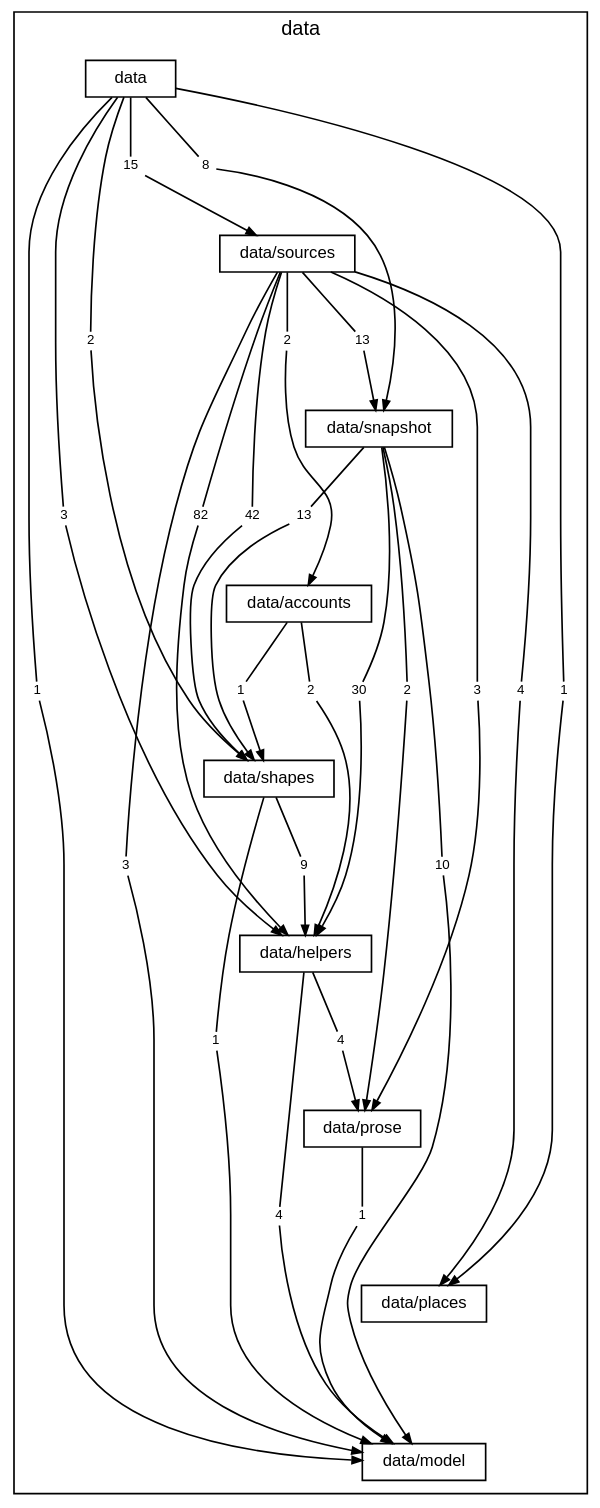
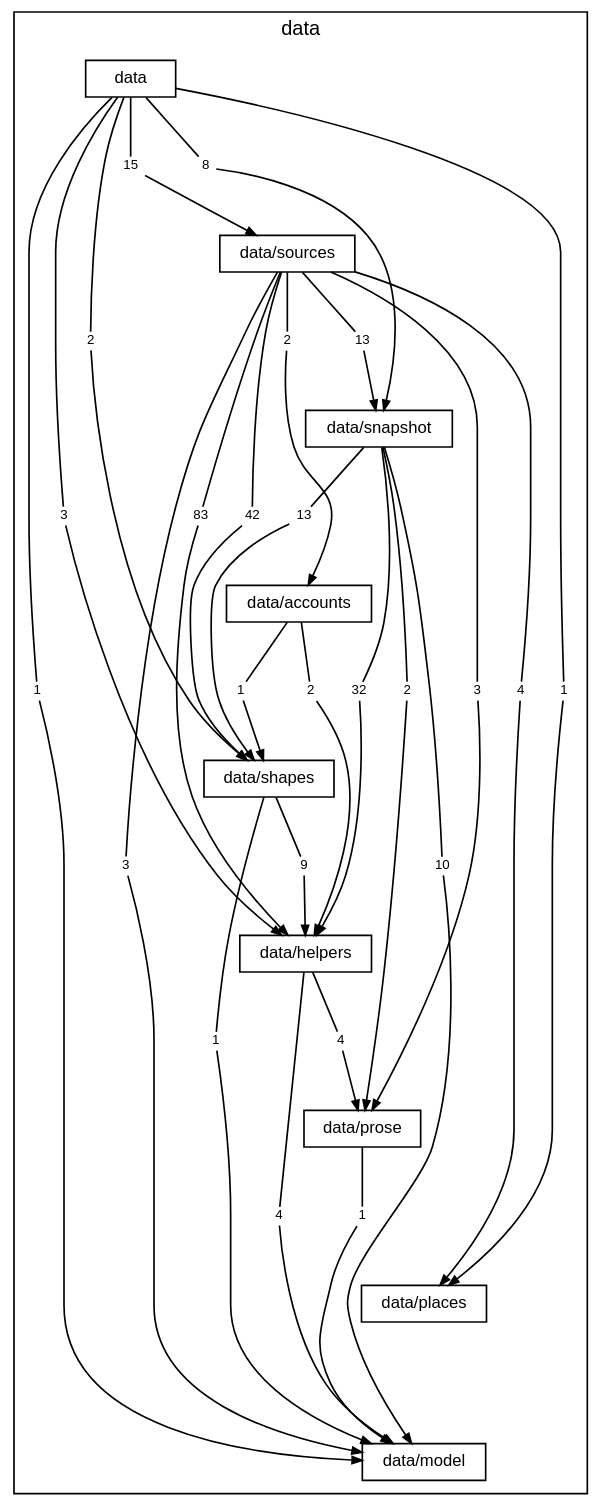
Before and after one commit to TheAxeC/oculus: the diagram in docs/diagrams/layer-data.dot, drawn with Graphviz. The commit also changed 127 other files, not shown here.

```diff
--- a/docs/diagrams/layer-data.dot
+++ b/docs/diagrams/layer-data.dot
@@ -1,97 +1,97 @@
 digraph layer_data {
     graph [bgcolor="transparent", rankdir=TB, newrank=true, mclimit=4, fontname="Helvetica", fontsize=12, nodesep=0.2, ranksep=0.5];
     node [shape=box, color="black", fontcolor="black", fontname="Helvetica", fontsize=10, height=0.3, margin="0.12,0.04"];
     edge [color="black", fontcolor="black", fontname="Helvetica", fontsize=8, arrowsize=0.6];
     subgraph "cluster_data" {
         label="data"; style=solid;
         "folder data" [label="data"];
         "folder data/sources" [label="data/sources"];
         "folder data/snapshot" [label="data/snapshot"];
         "folder data/accounts" [label="data/accounts"];
         "folder data/shapes" [label="data/shapes"];
         "folder data/helpers" [label="data/helpers"];
         "folder data/prose" [label="data/prose"];
         "folder data/places" [label="data/places"];
         "folder data/model" [label="data/model"];
         "folder data to folder data/helpers" [label="3", shape=box, color="transparent", fontsize=8, width=0, height=0, margin="0.04,0.02"];
         "folder data to folder data/model" [label="1", shape=box, color="transparent", fontsize=8, width=0, height=0, margin="0.04,0.02"];
         "folder data to folder data/places" [label="1", shape=box, color="transparent", fontsize=8, width=0, height=0, margin="0.04,0.02"];
         "folder data to folder data/shapes" [label="2", shape=box, color="transparent", fontsize=8, width=0, height=0, margin="0.04,0.02"];
         "folder data to folder data/snapshot" [label="8", shape=box, color="transparent", fontsize=8, width=0, height=0, margin="0.04,0.02"];
         "folder data to folder data/sources" [label="15", shape=box, color="transparent", fontsize=8, width=0, height=0, margin="0.04,0.02"];
         "folder data/sources to folder data/accounts" [label="2", shape=box, color="transparent", fontsize=8, width=0, height=0, margin="0.04,0.02"];
-        "folder data/sources to folder data/helpers" [label="82", shape=box, color="transparent", fontsize=8, width=0, height=0, margin="0.04,0.02"];
+        "folder data/sources to folder data/helpers" [label="83", shape=box, color="transparent", fontsize=8, width=0, height=0, margin="0.04,0.02"];
         "folder data/sources to folder data/model" [label="3", shape=box, color="transparent", fontsize=8, width=0, height=0, margin="0.04,0.02"];
         "folder data/sources to folder data/places" [label="4", shape=box, color="transparent", fontsize=8, width=0, height=0, margin="0.04,0.02"];
         "folder data/sources to folder data/prose" [label="3", shape=box, color="transparent", fontsize=8, width=0, height=0, margin="0.04,0.02"];
         "folder data/sources to folder data/shapes" [label="42", shape=box, color="transparent", fontsize=8, width=0, height=0, margin="0.04,0.02"];
         "folder data/sources to folder data/snapshot" [label="13", shape=box, color="transparent", fontsize=8, width=0, height=0, margin="0.04,0.02"];
-        "folder data/snapshot to folder data/helpers" [label="30", shape=box, color="transparent", fontsize=8, width=0, height=0, margin="0.04,0.02"];
+        "folder data/snapshot to folder data/helpers" [label="32", shape=box, color="transparent", fontsize=8, width=0, height=0, margin="0.04,0.02"];
         "folder data/snapshot to folder data/model" [label="10", shape=box, color="transparent", fontsize=8, width=0, height=0, margin="0.04,0.02"];
         "folder data/snapshot to folder data/prose" [label="2", shape=box, color="transparent", fontsize=8, width=0, height=0, margin="0.04,0.02"];
         "folder data/snapshot to folder data/shapes" [label="13", shape=box, color="transparent", fontsize=8, width=0, height=0, margin="0.04,0.02"];
         "folder data/accounts to folder data/helpers" [label="2", shape=box, color="transparent", fontsize=8, width=0, height=0, margin="0.04,0.02"];
         "folder data/accounts to folder data/shapes" [label="1", shape=box, color="transparent", fontsize=8, width=0, height=0, margin="0.04,0.02"];
         "folder data/shapes to folder data/helpers" [label="9", shape=box, color="transparent", fontsize=8, width=0, height=0, margin="0.04,0.02"];
         "folder data/shapes to folder data/model" [label="1", shape=box, color="transparent", fontsize=8, width=0, height=0, margin="0.04,0.02"];
         "folder data/helpers to folder data/model" [label="4", shape=box, color="transparent", fontsize=8, width=0, height=0, margin="0.04,0.02"];
         "folder data/helpers to folder data/prose" [label="4", shape=box, color="transparent", fontsize=8, width=0, height=0, margin="0.04,0.02"];
         "folder data/prose to folder data/model" [label="1", shape=box, color="transparent", fontsize=8, width=0, height=0, margin="0.04,0.02"];
     }
     "folder data" -> "folder data/sources" [style=invis, weight=10, minlen=2];
     "folder data/sources" -> "folder data/snapshot" [style=invis, weight=10, minlen=2];
     "folder data/snapshot" -> "folder data/accounts" [style=invis, weight=10, minlen=2];
     "folder data/accounts" -> "folder data/shapes" [style=invis, weight=10, minlen=2];
     "folder data/shapes" -> "folder data/helpers" [style=invis, weight=10, minlen=2];
     "folder data/helpers" -> "folder data/prose" [style=invis, weight=10, minlen=2];
     "folder data/prose" -> "folder data/places" [style=invis, weight=10, minlen=2];
     "folder data/places" -> "folder data/model" [style=invis, weight=10, minlen=2];
     "folder data" -> "folder data to folder data/helpers" [arrowhead=none, minlen=5, weight=10];
     "folder data to folder data/helpers" -> "folder data/helpers" [];
     "folder data" -> "folder data to folder data/model" [arrowhead=none, minlen=7, weight=10];
     "folder data to folder data/model" -> "folder data/model" [];
     "folder data" -> "folder data to folder data/places" [arrowhead=none, minlen=7, weight=10];
     "folder data to folder data/places" -> "folder data/places" [];
     "folder data" -> "folder data to folder data/shapes" [arrowhead=none, minlen=3, weight=10];
     "folder data to folder data/shapes" -> "folder data/shapes" [];
     "folder data" -> "folder data to folder data/snapshot" [arrowhead=none, minlen=1, weight=10];
     "folder data to folder data/snapshot" -> "folder data/snapshot" [];
     "folder data" -> "folder data to folder data/sources" [arrowhead=none, minlen=1, weight=10];
     "folder data to folder data/sources" -> "folder data/sources" [];
     "folder data/sources" -> "folder data/sources to folder data/accounts" [arrowhead=none, minlen=1, weight=10];
     "folder data/sources to folder data/accounts" -> "folder data/accounts" [];
     "folder data/sources" -> "folder data/sources to folder data/helpers" [arrowhead=none, minlen=3, weight=10];
     "folder data/sources to folder data/helpers" -> "folder data/helpers" [];
     "folder data/sources" -> "folder data/sources to folder data/model" [arrowhead=none, minlen=7, weight=10];
     "folder data/sources to folder data/model" -> "folder data/model" [];
     "folder data/sources" -> "folder data/sources to folder data/places" [arrowhead=none, minlen=5, weight=10];
     "folder data/sources to folder data/places" -> "folder data/places" [];
     "folder data/sources" -> "folder data/sources to folder data/prose" [arrowhead=none, minlen=5, weight=10];
     "folder data/sources to folder data/prose" -> "folder data/prose" [];
     "folder data/sources" -> "folder data/sources to folder data/shapes" [arrowhead=none, minlen=3, weight=10];
     "folder data/sources to folder data/shapes" -> "folder data/shapes" [];
     "folder data/sources" -> "folder data/sources to folder data/snapshot" [arrowhead=none, minlen=1, weight=10];
     "folder data/sources to folder data/snapshot" -> "folder data/snapshot" [];
     "folder data/snapshot" -> "folder data/snapshot to folder data/helpers" [arrowhead=none, minlen=3, weight=10];
     "folder data/snapshot to folder data/helpers" -> "folder data/helpers" [];
     "folder data/snapshot" -> "folder data/snapshot to folder data/model" [arrowhead=none, minlen=5, weight=10];
     "folder data/snapshot to folder data/model" -> "folder data/model" [];
     "folder data/snapshot" -> "folder data/snapshot to folder data/prose" [arrowhead=none, minlen=3, weight=10];
     "folder data/snapshot to folder data/prose" -> "folder data/prose" [];
     "folder data/snapshot" -> "folder data/snapshot to folder data/shapes" [arrowhead=none, minlen=1, weight=10];
     "folder data/snapshot to folder data/shapes" -> "folder data/shapes" [];
     "folder data/accounts" -> "folder data/accounts to folder data/helpers" [arrowhead=none, minlen=1, weight=10];
     "folder data/accounts to folder data/helpers" -> "folder data/helpers" [];
     "folder data/accounts" -> "folder data/accounts to folder data/shapes" [arrowhead=none, minlen=1, weight=10];
     "folder data/accounts to folder data/shapes" -> "folder data/shapes" [];
     "folder data/shapes" -> "folder data/shapes to folder data/helpers" [arrowhead=none, minlen=1, weight=10];
     "folder data/shapes to folder data/helpers" -> "folder data/helpers" [];
     "folder data/shapes" -> "folder data/shapes to folder data/model" [arrowhead=none, minlen=3, weight=10];
     "folder data/shapes to folder data/model" -> "folder data/model" [];
     "folder data/helpers" -> "folder data/helpers to folder data/model" [arrowhead=none, minlen=3, weight=10];
     "folder data/helpers to folder data/model" -> "folder data/model" [];
     "folder data/helpers" -> "folder data/helpers to folder data/prose" [arrowhead=none, minlen=1, weight=10];
     "folder data/helpers to folder data/prose" -> "folder data/prose" [];
     "folder data/prose" -> "folder data/prose to folder data/model" [arrowhead=none, minlen=1, weight=10];
     "folder data/prose to folder data/model" -> "folder data/model" [];
 }
```
